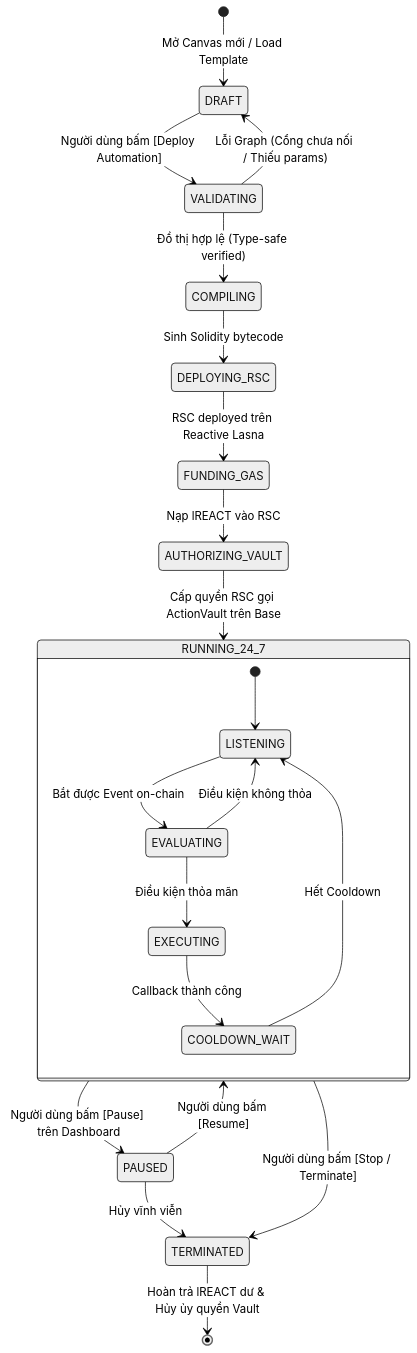
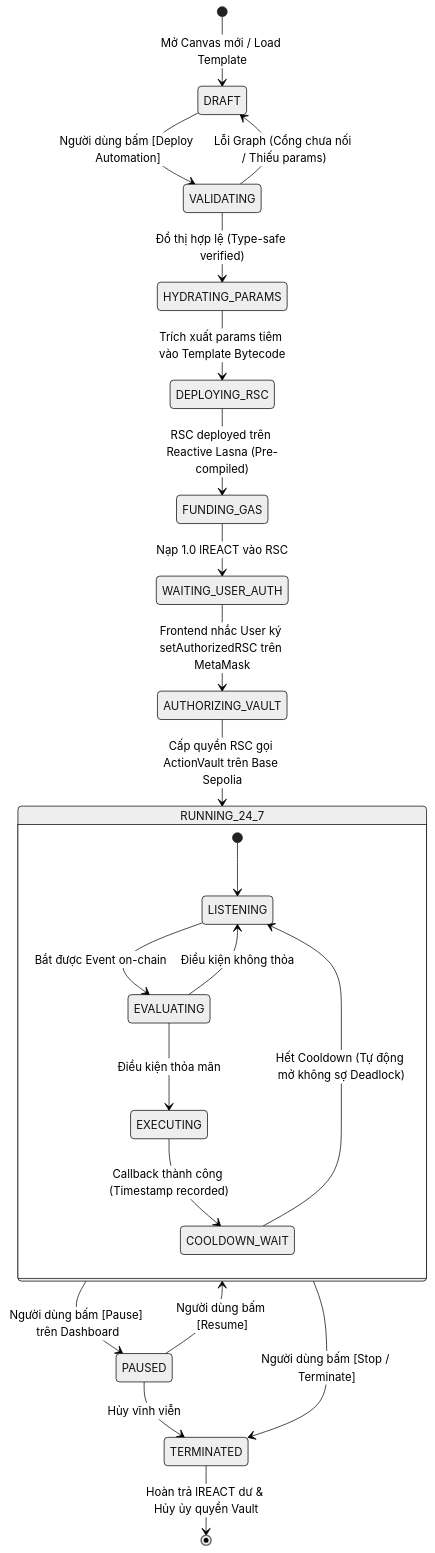
The first of 3 diagrams in docs/REACTIVEFLOW_DETAILED_FRS.md (DanhCaTuanNgoc/OmniFlow), drawn with Mermaid (neutral theme) before and after one commit. The commit also changed other lines of this file and 1 other file, not shown here.

Commit message:
fix(architecture): synchronize non-custodial authorization, precompiled deploy, and cooldown deadlock guards

````diff
--- a/docs/REACTIVEFLOW_DETAILED_FRS.md
+++ b/docs/REACTIVEFLOW_DETAILED_FRS.md
@@ -82,26 +82,27 @@
 ```mermaid
 stateDiagram-v2
     [*] --> DRAFT: Mở Canvas mới / Load Template
     DRAFT --> VALIDATING: Người dùng bấm [Deploy Automation]
     VALIDATING --> DRAFT: Lỗi Graph (Cổng chưa nối / Thiếu params)
-    VALIDATING --> COMPILING: Đồ thị hợp lệ (Type-safe verified)
-    COMPILING --> DEPLOYING_RSC: Sinh Solidity bytecode
-    DEPLOYING_RSC --> FUNDING_GAS: RSC deployed trên Reactive Lasna
-    FUNDING_GAS --> AUTHORIZING_VAULT: Nạp lREACT vào RSC
-    AUTHORIZING_VAULT --> RUNNING_24_7: Cấp quyền RSC gọi ActionVault trên Base
+    VALIDATING --> HYDRATING_PARAMS: Đồ thị hợp lệ (Type-safe verified)
+    HYDRATING_PARAMS --> DEPLOYING_RSC: Trích xuất params tiêm vào Template Bytecode
+    DEPLOYING_RSC --> FUNDING_GAS: RSC deployed trên Reactive Lasna (Pre-compiled)
+    FUNDING_GAS --> WAITING_USER_AUTH: Nạp 1.0 lREACT vào RSC
+    WAITING_USER_AUTH --> AUTHORIZING_VAULT: Frontend nhắc User ký setAuthorizedRSC trên MetaMask
+    AUTHORIZING_VAULT --> RUNNING_24_7: Cấp quyền RSC gọi ActionVault trên Base Sepolia
     
     state RUNNING_24_7 {
         [*] --> LISTENING
         LISTENING --> EVALUATING: Bắt được Event on-chain
         EVALUATING --> EXECUTING: Điều kiện thỏa mãn
         EVALUATING --> LISTENING: Điều kiện không thỏa
-        EXECUTING --> COOLDOWN_WAIT: Callback thành công
-        COOLDOWN_WAIT --> LISTENING: Hết Cooldown
+        EXECUTING --> COOLDOWN_WAIT: Callback thành công (Timestamp recorded)
+        COOLDOWN_WAIT --> LISTENING: Hết Cooldown (Tự động mở không sợ Deadlock)
     }
 
     RUNNING_24_7 --> PAUSED: Người dùng bấm [Pause] trên Dashboard
     PAUSED --> RUNNING_24_7: Người dùng bấm [Resume]
     RUNNING_24_7 --> TERMINATED: Người dùng bấm [Stop / Terminate]
     PAUSED --> TERMINATED: Hủy vĩnh viễn
     TERMINATED --> [*]: Hoàn trả lREACT dư & Hủy ủy quyền Vault
 ```
````
